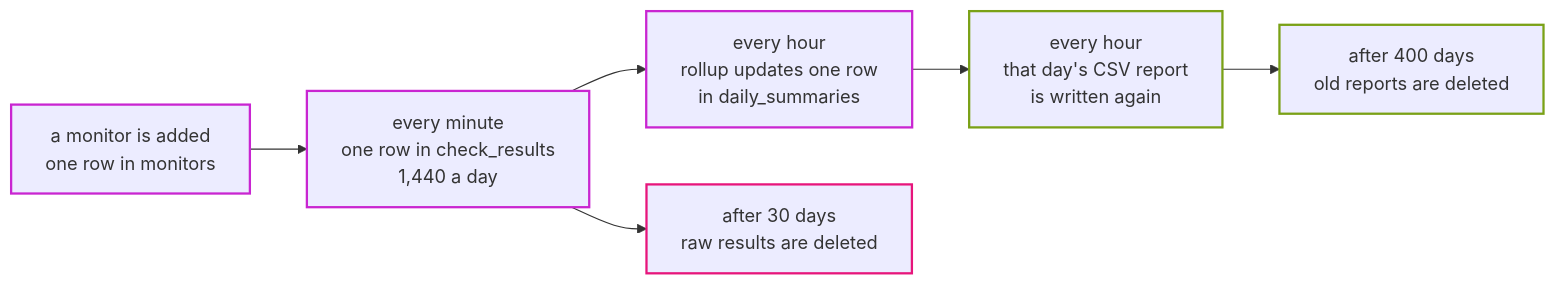
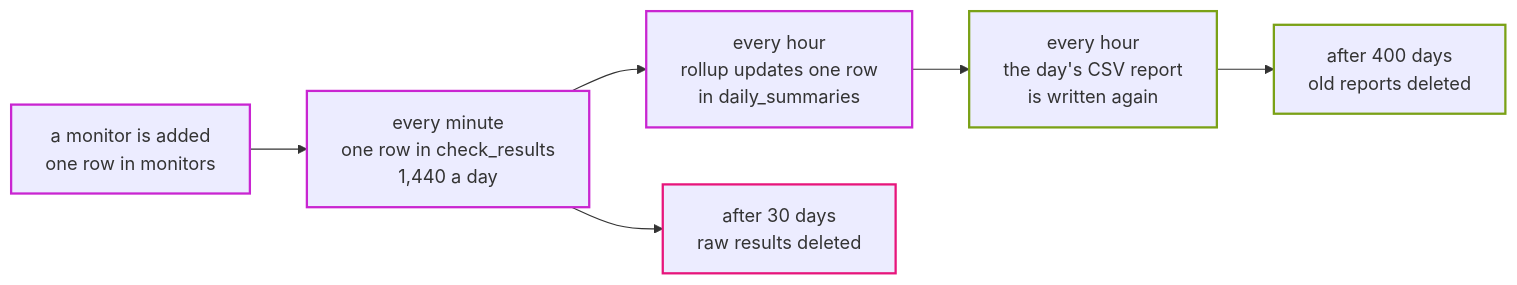
One commit to shadreza/aws-three-tier-cloud-ref-architecture changed the fourth of 4 diagrams in docs/storybook/01-meet-the-app.md. Above: the diagram before and after it, drawn with Mermaid. The commit also changed other lines of this file and 23 other files, not shown here.

````diff
--- a/docs/storybook/01-meet-the-app.md
+++ b/docs/storybook/01-meet-the-app.md
@@ -146,14 +129,14 @@
 ```mermaid
 flowchart LR
     m["a monitor is added<br/>one row in monitors"] --> r["every minute<br/>one row in check_results<br/>1,440 a day"]
     r --> s["every hour<br/>rollup updates one row<br/>in daily_summaries"]
-    s --> c["every hour<br/>that day's CSV report<br/>is written again"]
-    r --> d["after 30 days<br/>raw results are deleted"]
-    c --> e["after 400 days<br/>old reports are deleted"]
+    s --> c["every hour<br/>the day's CSV report<br/>is written again"]
+    r --> d["after 30 days<br/>raw results deleted"]
+    c --> e["after 400 days<br/>old reports deleted"]
     classDef jobs stroke:#E7157B,stroke-width:2px
     classDef database stroke:#C925D1,stroke-width:2px
     classDef storage stroke:#7AA116,stroke-width:2px
     class m,r,s database
     class c,e storage
     class d jobs
 ```
````
